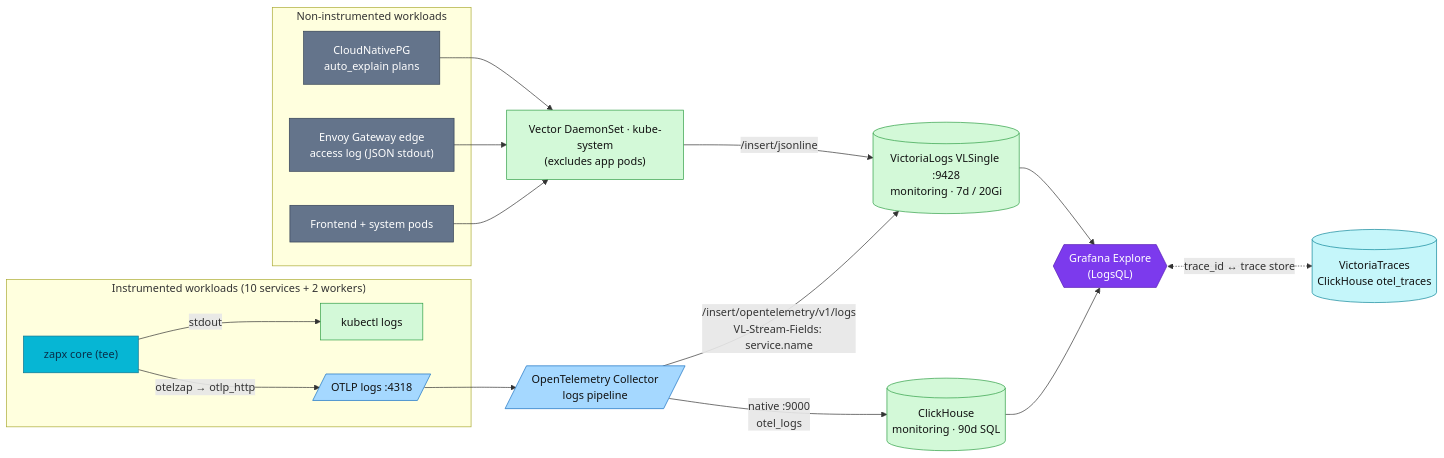
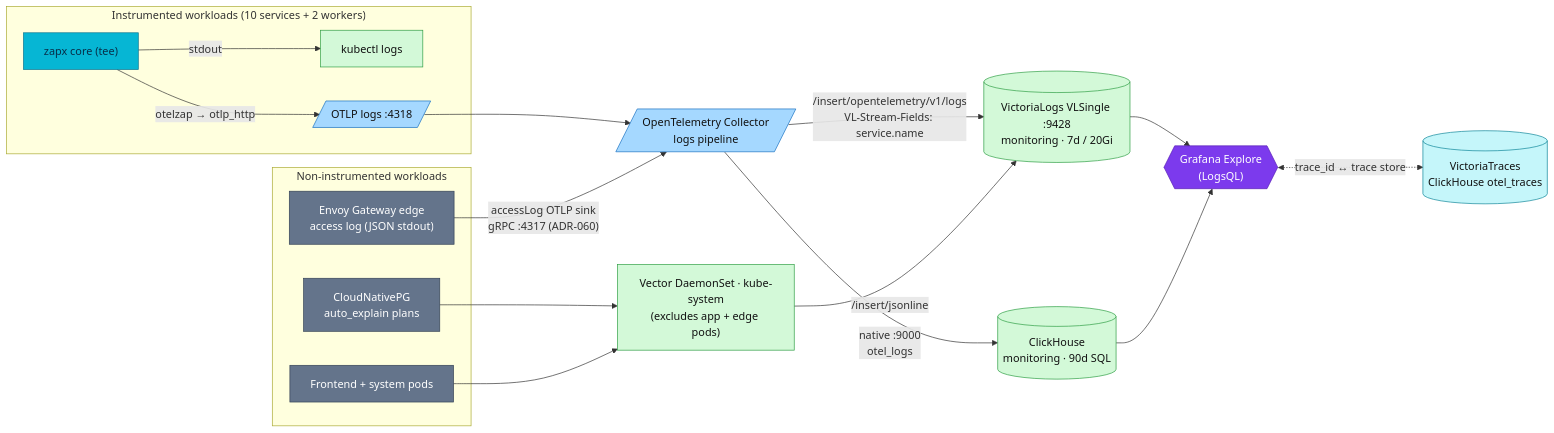
The diagram in docs/observability/logging/README.md (duynhlab/homelab), drawn with Mermaid before and after one commit. The commit also changed other lines of this file and 12 other files, not shown here.

````diff
--- a/docs/observability/logging/README.md
+++ b/docs/observability/logging/README.md
@@ -63,37 +64,37 @@
 ```mermaid
 flowchart LR
     subgraph apps["Instrumented workloads (10 services + 2 workers)"]
         Z["zapx core (tee)"]
         Z -->|stdout| KLOGS["kubectl logs"]
         Z -->|"otelzap → otlp_http"| OTLP
     end
     subgraph infra["Non-instrumented workloads"]
         CNPG["CloudNativePG<br/>auto_explain plans"]
         EDGE["Envoy Gateway edge<br/>access log (JSON stdout)"]
         FE["Frontend + system pods"]
     end
     OTLP[/"OTLP logs :4318"/] --> COL[/"OpenTelemetry Collector<br/>logs pipeline"/]
-    CNPG --> VEC["Vector DaemonSet · kube-system<br/>(excludes app pods)"]
-    EDGE --> VEC
+    CNPG --> VEC["Vector DaemonSet · kube-system<br/>(excludes app + edge pods)"]
+    EDGE -->|"accessLog OTLP sink<br/>gRPC :4317 (ADR-060)"| COL
     FE --> VEC
     COL -->|"/insert/opentelemetry/v1/logs<br/>VL-Stream-Fields: service.name"| VL[("VictoriaLogs VLSingle :9428<br/>monitoring · 7d / 20Gi")]
     COL -->|"native :9000<br/>otel_logs"| CH[("ClickHouse<br/>monitoring · 90d SQL")]
     VEC -->|"/insert/jsonline"| VL
     VL --> GRAF{{"Grafana Explore<br/>(LogsQL)"}}
     CH --> GRAF
     GRAF <-. "trace_id ↔ trace store" .-> TEMPO[("VictoriaTraces<br/>ClickHouse otel_traces")]
     classDef collector fill:#a5d8ff,color:#111,stroke:#1971c2;
     classDef log fill:#d3f9d8,color:#111,stroke:#2f9e44;
     classDef trace fill:#c5f6fa,color:#111,stroke:#0c8599;
     class OTLP,COL collector;
     class VL log;
     class CH log;
     class TEMPO trace;
     classDef service fill:#06b6d4,color:#082f49,stroke:#0e7490;
     classDef external fill:#64748b,color:#fff,stroke:#334155;
     classDef platform fill:#7c3aed,color:#fff,stroke:#5b21b6;
     class Z service;
     class CNPG,EDGE,FE external;
     class VEC,KLOGS log;
     class GRAF platform;
 ```
````
